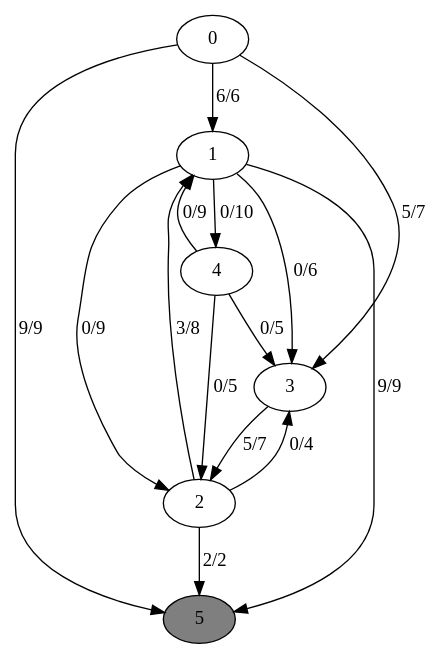
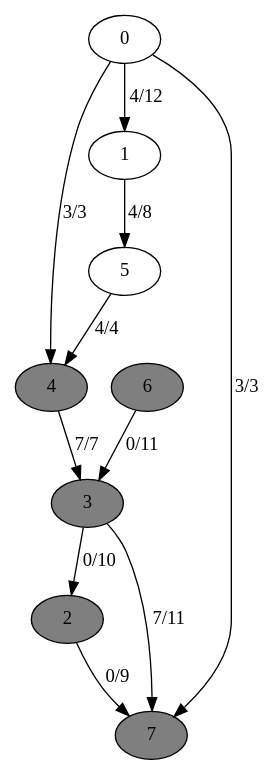
One commit to vnce100/Metamorph changed the diagram in res/testFlow/test0.dot. Above: the diagram before and after it, drawn with Graphviz. The commit also changed 401 other files, not shown here.

```diff
--- a/res/testFlow/test0.dot
+++ b/res/testFlow/test0.dot
@@ -1,22 +1,20 @@
 digraph G {
 	0[style=filled fillcolor=grey100];
-	0->1[label ="6/6"] ;
-	0->3[label ="5/7"] ;
-	0->5[label ="9/9"] ;
+	0->1[label ="4/12"] ;
+	0->4[label ="3/3"] ;
+	0->7[label ="3/3"] ;
 	1[style=filled fillcolor=grey100];
-	1->2[label ="0/9"] ;
-	1->3[label ="0/6"] ;
-	1->4[label ="0/10"] ;
-	1->5[label ="9/9"] ;
-	2[style=filled fillcolor=grey100];
-	2->1[label ="3/8"] ;
-	2->3[label ="0/4"] ;
-	2->5[label ="2/2"] ;
-	3[style=filled fillcolor=grey100];
-	3->2[label ="5/7"] ;
-	4[style=filled fillcolor=grey100];
-	4->1[label ="0/9"] ;
-	4->2[label ="0/5"] ;
-	4->3[label ="0/5"] ;
-	5[style=filled fillcolor=grey50];
+	1->5[label ="4/8"] ;
+	2[style=filled fillcolor=grey50];
+	2->7[label ="0/9"] ;
+	3[style=filled fillcolor=grey50];
+	3->2[label ="0/10"] ;
+	3->7[label ="7/11"] ;
+	4[style=filled fillcolor=grey50];
+	4->3[label ="7/7"] ;
+	5[style=filled fillcolor=grey100];
+	5->4[label ="4/4"] ;
+	6[style=filled fillcolor=grey50];
+	6->3[label ="0/11"] ;
+	7[style=filled fillcolor=grey50];
 }
```
